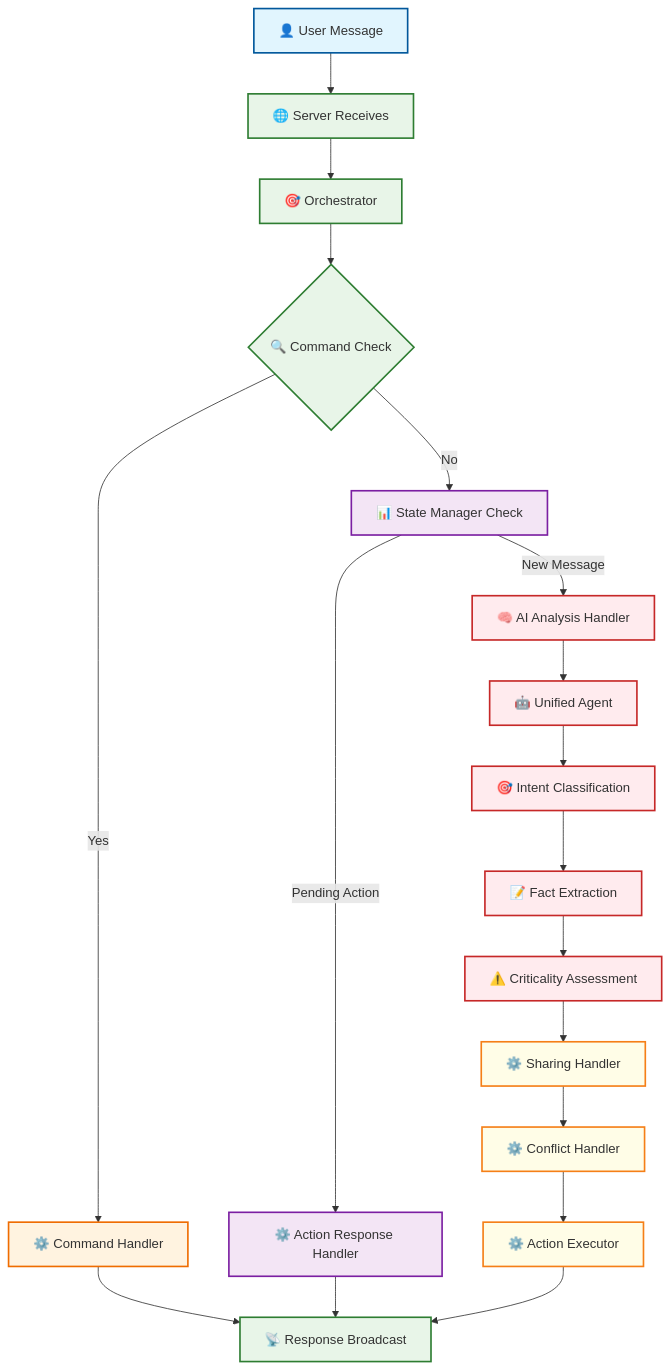
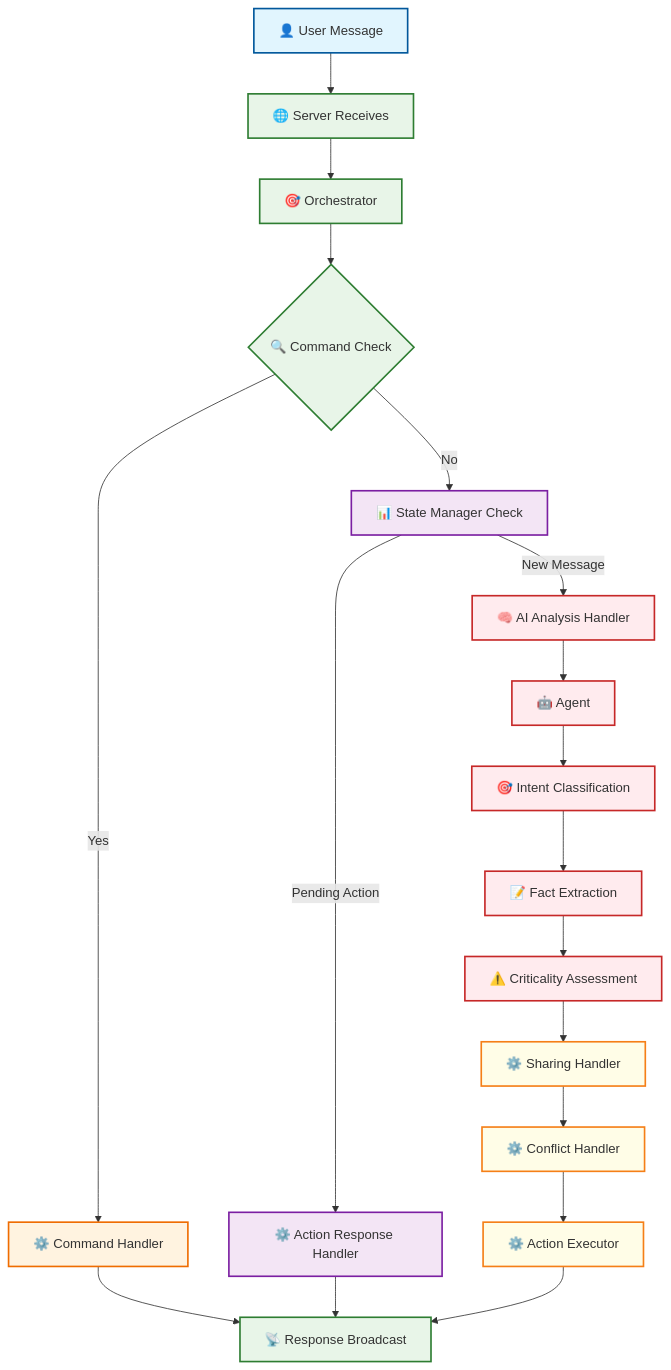
The first of 12 diagrams in documentation/agentic_framework.md (maniksejwal/Brainwasher), drawn with Mermaid before and after one commit. The commit also changed other lines of this file, not shown here.

````diff
--- a/documentation/agentic_framework.md
+++ b/documentation/agentic_framework.md
@@ -88,49 +88,49 @@
 ```mermaid
 graph TD
     %% User Input (Blue)
     A[👤 User Message] --> B[🌐 Server Receives]
     
     %% Core Orchestration (Green)
     B --> C[🎯 Orchestrator]
     C --> D{🔍 Command Check}
     
     %% Command Path (Orange)
     D -->|Yes| E[⚙️ Command Handler]
     
     %% State Management (Purple)
     D -->|No| F[📊 State Manager Check]
     F -->|Pending Action| G[⚙️ Action Response Handler]
     F -->|New Message| H[🧠 AI Analysis Handler]
     
     %% AI Processing (Red)
-    H --> I[🤖 Unified Agent]
+    H --> I[🤖 Agent]
     I --> J[🎯 Intent Classification]
     J --> K[📝 Fact Extraction]
     K --> L[⚠️ Criticality Assessment]
     
     %% Business Logic (Yellow)
     L --> M[⚙️ Sharing Handler]
     M --> N[⚙️ Conflict Handler]
     N --> O[⚙️ Action Executor]
     
     %% Output (Green)
     O --> P[📡 Response Broadcast]
     E --> P
     G --> P
     
     %% Styling
     classDef userInput fill:#e1f5fe,stroke:#01579b,stroke-width:2px
     classDef orchestration fill:#e8f5e8,stroke:#2e7d32,stroke-width:2px
     classDef command fill:#fff3e0,stroke:#ef6c00,stroke-width:2px
     classDef state fill:#f3e5f5,stroke:#7b1fa2,stroke-width:2px
     classDef ai fill:#ffebee,stroke:#c62828,stroke-width:2px
     classDef business fill:#fffde7,stroke:#f57f17,stroke-width:2px
     classDef output fill:#e8f5e8,stroke:#2e7d32,stroke-width:2px
     
     class A userInput
     class B,C,D,P output
     class E command
     class F,G state
     class H,I,J,K,L ai
     class M,N,O business
 ```
````
